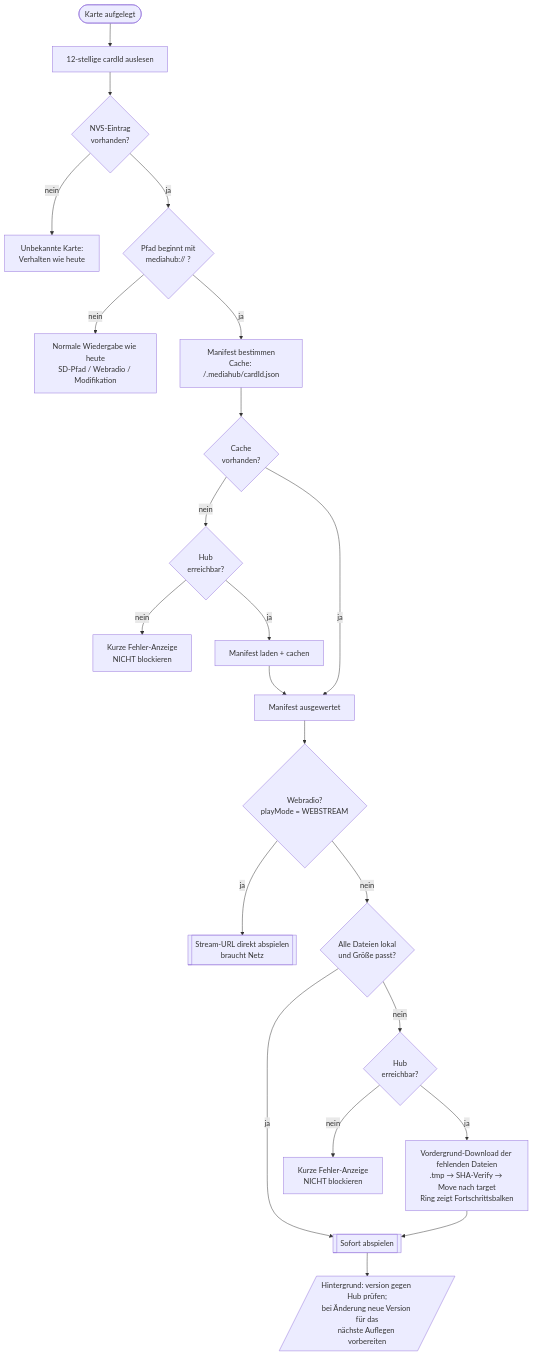
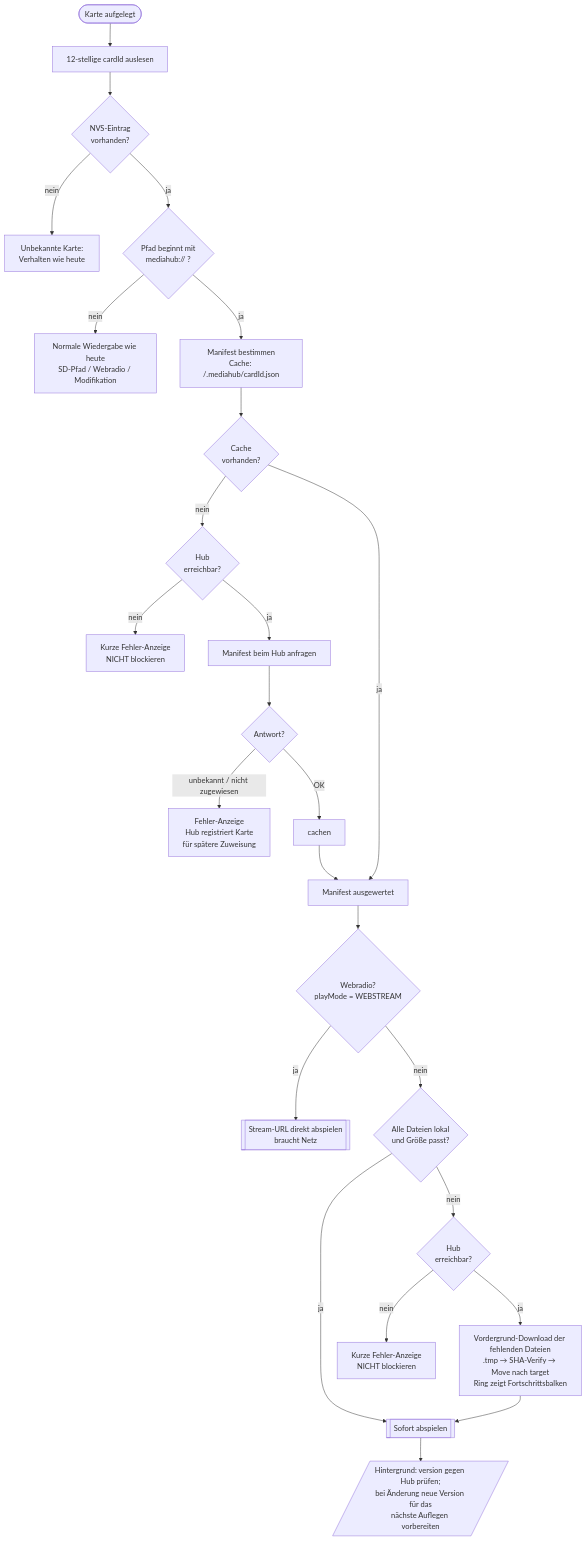
One commit to biologist79/ESPuino changed the second of 2 diagrams in mediahub-konzept.md. Above: the diagram before and after it, drawn with Mermaid. The commit also changed other lines of this file, not shown here.

First line of the commit message:
Refine MediaHub concept: playMode marker, sync, enrollment, errors

````diff
--- a/mediahub-konzept.md
+++ b/mediahub-konzept.md
@@ -217,24 +262,27 @@
 ```mermaid
 flowchart TD
     A([Karte aufgelegt]) --> B[12-stellige cardId auslesen]
     B --> C{NVS-Eintrag<br/>vorhanden?}
     C -- nein --> Z[Unbekannte Karte:<br/>Verhalten wie heute]
     C -- ja --> D{Pfad beginnt mit<br/>mediahub:// ?}
     D -- nein --> P[Normale Wiedergabe wie heute<br/>SD-Pfad / Webradio / Modifikation]
     D -- ja --> E[Manifest bestimmen<br/>Cache: /.mediahub/cardId.json]
     E --> F{Cache<br/>vorhanden?}
     F -- nein --> H{Hub<br/>erreichbar?}
     H -- nein --> ERR[Kurze Fehler-Anzeige<br/>NICHT blockieren]
-    H -- ja --> I[Manifest laden + cachen]
-    I --> G
+    H -- ja --> I[Manifest beim Hub anfragen]
+    I --> M{Antwort?}
+    M -->|"unbekannt / nicht zugewiesen"| ERR3[Fehler-Anzeige<br/>Hub registriert Karte<br/>für spätere Zuweisung]
+    M -->|OK| IC[cachen]
+    IC --> G
     F -- ja --> G[Manifest ausgewertet]
     G --> S{Webradio?<br/>playMode = WEBSTREAM}
     S -- ja --> STR[[Stream-URL direkt abspielen<br/>braucht Netz]]
     S -- nein --> J{Alle Dateien lokal<br/>und Größe passt?}
     J -- ja --> PLAY[[Sofort abspielen]]
     J -- nein --> K{Hub<br/>erreichbar?}
     K -- nein --> ERR2[Kurze Fehler-Anzeige<br/>NICHT blockieren]
     K -- ja --> DL[Vordergrund-Download der fehlenden Dateien<br/>.tmp → SHA-Verify → Move nach target<br/>Ring zeigt Fortschrittsbalken]
     DL --> PLAY
     PLAY --> BG[/Hintergrund: version gegen Hub prüfen;<br/>bei Änderung neue Version für das<br/>nächste Auflegen vorbereiten/]
 ```
````
